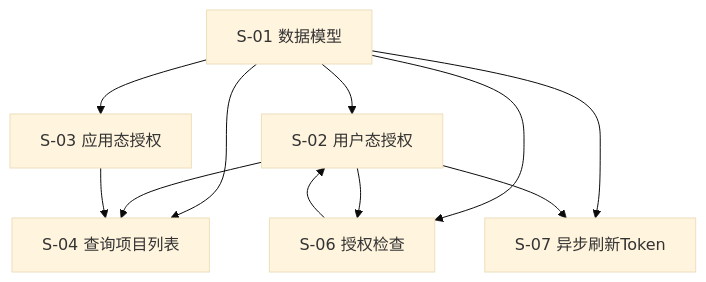
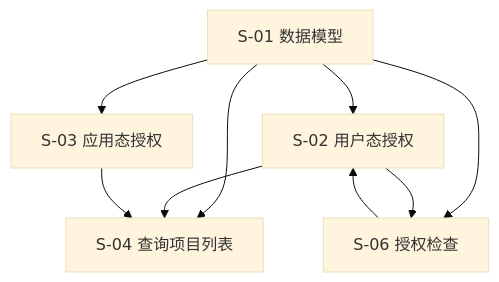
One commit to HACK-WU/bk-monitor-wiki changed the second of 2 diagrams in requirements/integration/2026-06-15-TAPD授权与建单/design/DESIGN.md. Above: the diagram before and after it, drawn with Mermaid (base theme). The commit also changed other lines of this file and 34 other files, not shown here.

````diff
--- a/requirements/integration/2026-06-15-TAPD授权与建单/design/DESIGN.md
+++ b/requirements/integration/2026-06-15-TAPD授权与建单/design/DESIGN.md
@@ -92,15 +97,13 @@
 ```mermaid
 flowchart TD
     S01["S-01 数据模型"] --> S02["S-02 用户态授权"]
     S01 --> S03["S-03 应用态授权"]
     S01 --> S04["S-04 查询项目列表"]
     S01 --> S06["S-06 授权检查"]
-    S01 --> S07["S-07 异步刷新Token"]
     
     S02 --> S04
     S02 --> S06
-    S02 --> S07
     S06 --> S02
     
     S03 --> S04
 ```
````
